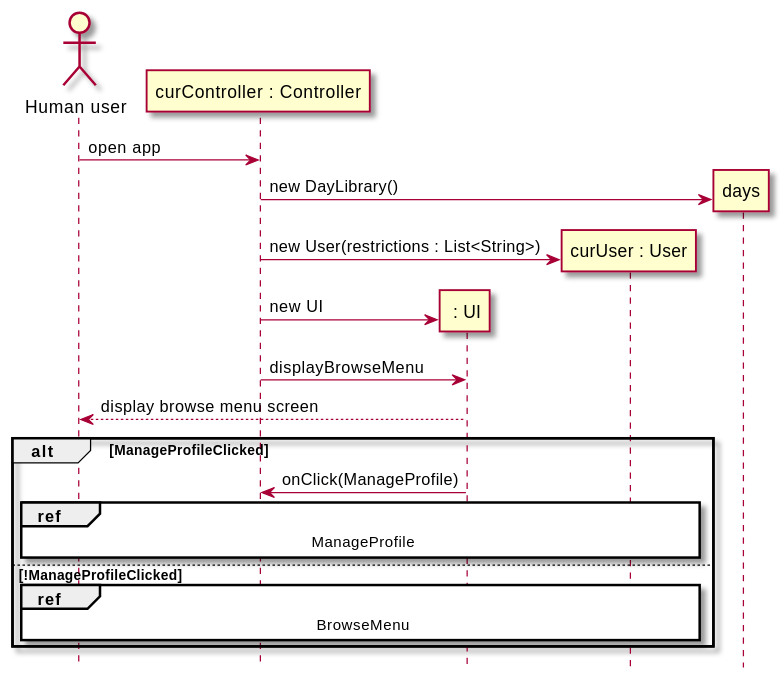
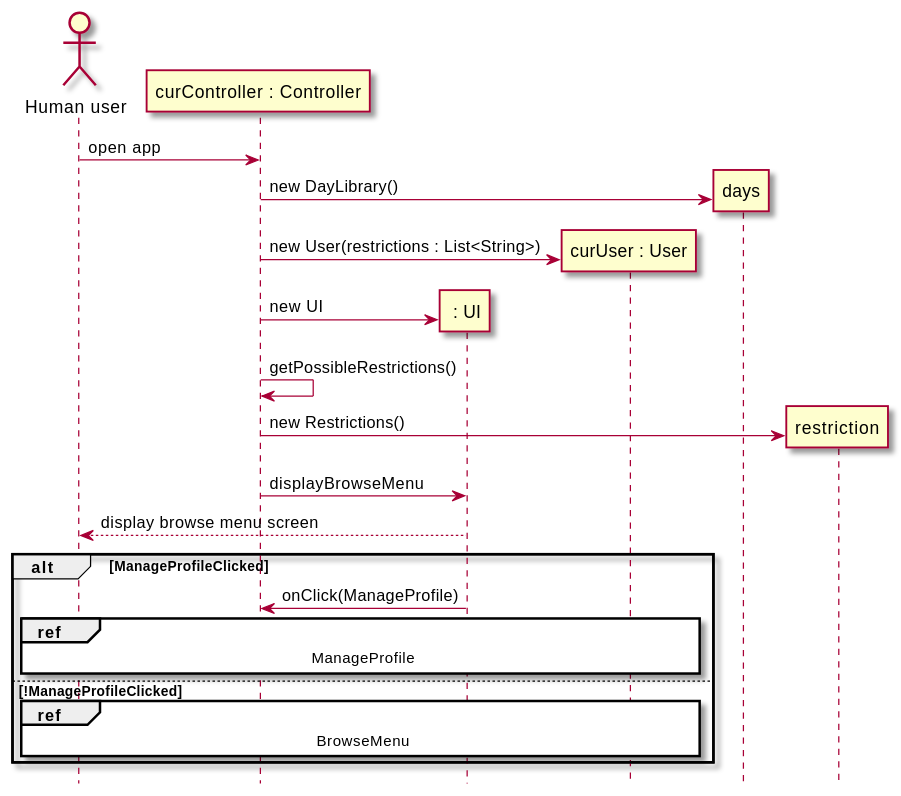
The fourth of 4 diagrams in intellij/doc/design.md (sashap100/Vassar-Dining-App), drawn with PlantUML before and after one commit. The commit also changed other lines of this file, not shown here.

Commit message:
Updated browse menu and navigate app sequence diagrams

````diff
--- a/intellij/doc/design.md
+++ b/intellij/doc/design.md
@@ -187,29 +179,31 @@
 ```plantuml
 @startuml
 skin rose
 hide footbox
 
 actor "Human user" as human
 participant "curController : Controller" as controller
 participant " : UI" as ui
 participant "curUser : User" as user
 
 human -> controller : open app
 controller -> days **: new DayLibrary()
 controller -> user **: new User(restrictions : List<String>)
 controller -> ui **: new UI
+controller -> controller : getPossibleRestrictions()
+controller -> restriction **: new Restrictions()
 controller -> ui : displayBrowseMenu
 ui --> human : display browse menu screen
 alt ManageProfileClicked
     ui -> controller : onClick(ManageProfile)
     ref over human,controller,ui,user
     ManageProfile
     end ref
 else !ManageProfileClicked
     ref over human,controller,ui,user
     BrowseMenu
     end ref
 end
 
 
 ```
````
